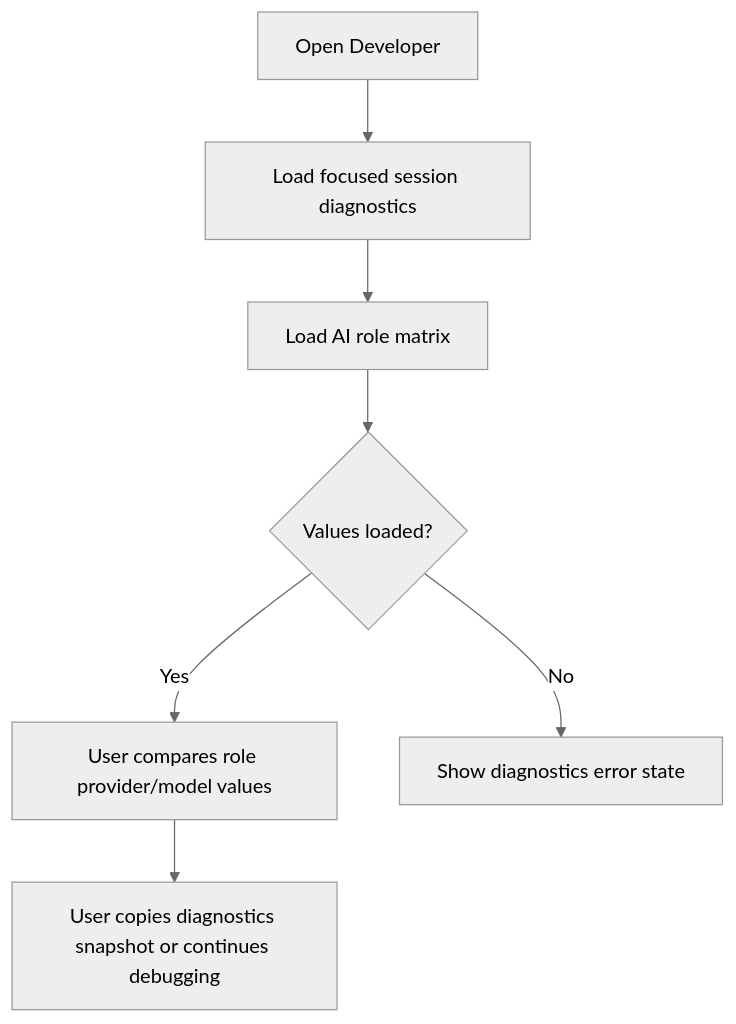
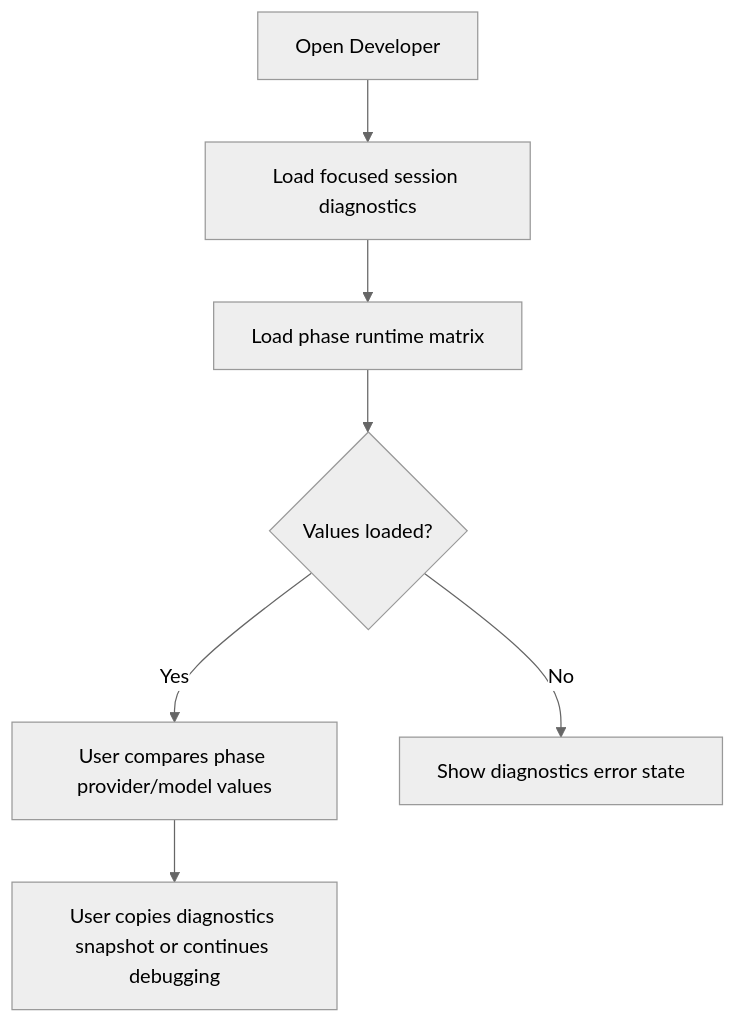
Before and after one commit to KennethAtchon/Exva: the first of 3 diagrams in docs/specs/developer-menu-debug-observability.md, drawn with Mermaid (neutral theme). The commit also changed other lines of this file and 43 other files, not shown here.

````diff
--- a/docs/specs/developer-menu-debug-observability.md
+++ b/docs/specs/developer-menu-debug-observability.md
@@ -301,9 +338,9 @@
 ```mermaid
 flowchart TD
     A[Open Developer] --> B[Load focused session diagnostics]
-    B --> C[Load AI role matrix]
+    B --> C[Load phase runtime matrix]
     C --> D{Values loaded?}
-    D -- Yes --> E[User compares role provider/model values]
+    D -- Yes --> E[User compares phase provider/model values]
     D -- No --> F[Show diagnostics error state]
     E --> G[User copies diagnostics snapshot or continues debugging]
 ```
````
